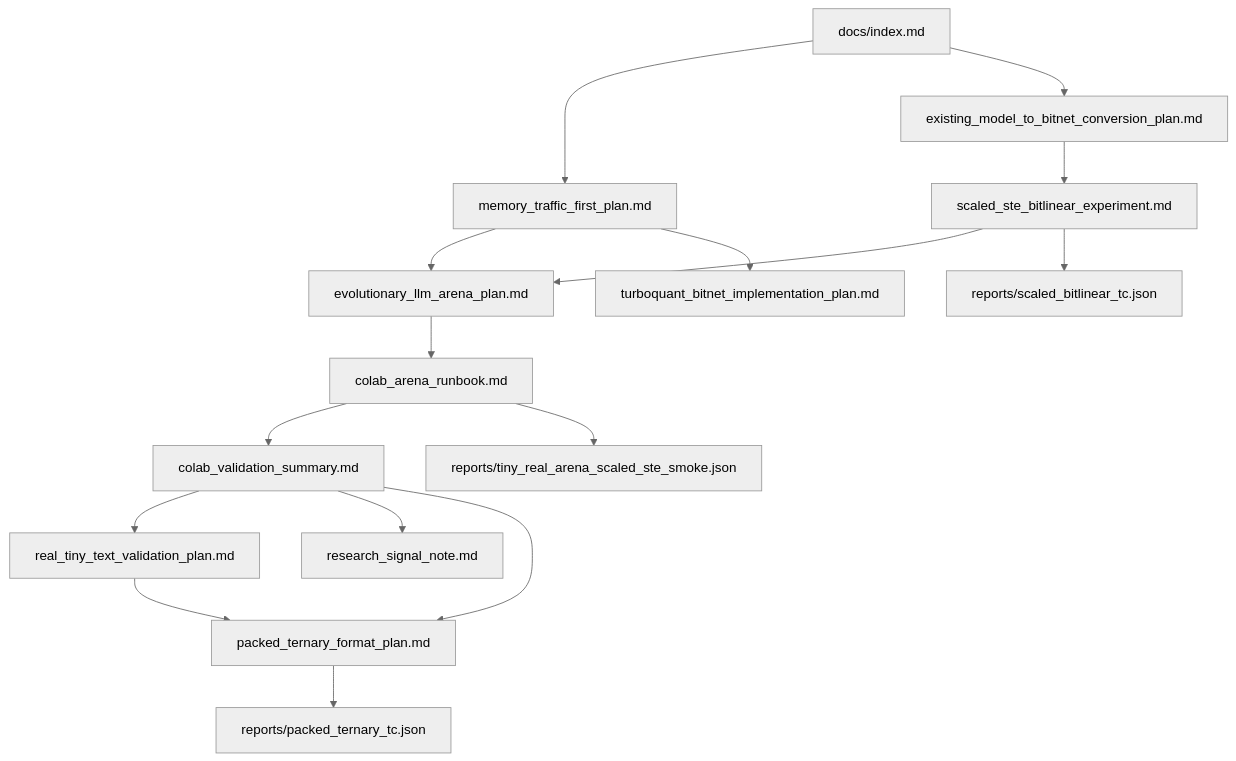
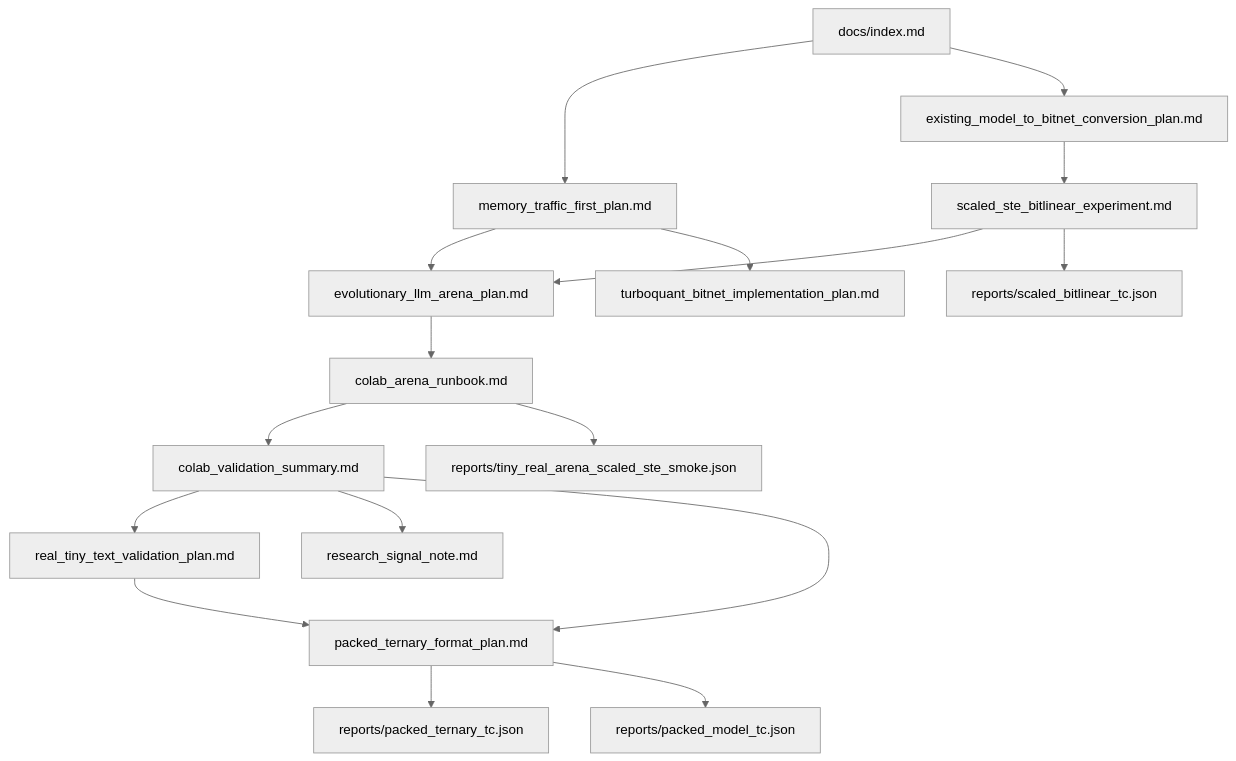
Before and after one commit to gtpk/BitNet-Transformers: the diagram in docs/index.md, drawn with Mermaid (neutral theme). The commit also changed other lines of this file and 7 other files, not shown here.

Commit message:
Add packed model export validation

````diff
--- a/docs/index.md
+++ b/docs/index.md
@@ -85,18 +89,19 @@
 ```mermaid
 flowchart TD
   A["docs/index.md"] --> B["memory_traffic_first_plan.md"]
   A --> C["existing_model_to_bitnet_conversion_plan.md"]
   C --> D["scaled_ste_bitlinear_experiment.md"]
   D --> E["evolutionary_llm_arena_plan.md"]
   E --> F["colab_arena_runbook.md"]
   F --> J["colab_validation_summary.md"]
   J --> K["real_tiny_text_validation_plan.md"]
   J --> L["research_signal_note.md"]
   J --> M["packed_ternary_format_plan.md"]
   K --> M["packed_ternary_format_plan.md"]
   B --> E
   B --> G["turboquant_bitnet_implementation_plan.md"]
   F --> H["reports/tiny_real_arena_scaled_ste_smoke.json"]
   D --> I["reports/scaled_bitlinear_tc.json"]
   M --> N["reports/packed_ternary_tc.json"]
+  M --> O["reports/packed_model_tc.json"]
 ```
````
